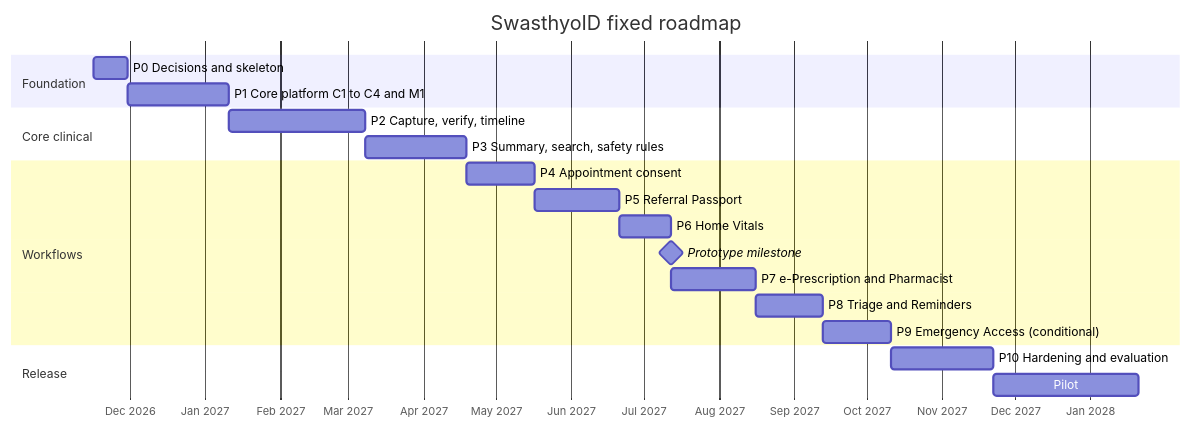
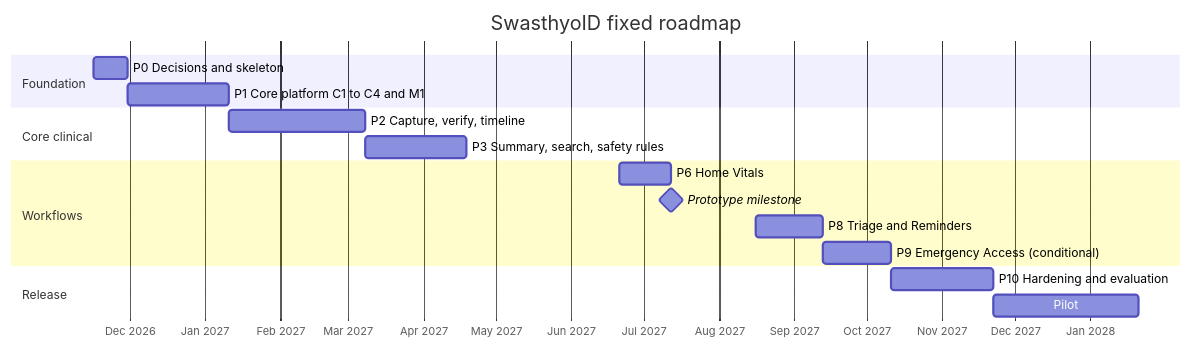
One commit to sarwar-islam/swasthyoid changed diagram 26 of 26 in docs/FRD.md. Above: the diagram before and after it, drawn with Mermaid. The commit also changed other lines of this file and 1 other file, not shown here.

````diff
--- a/docs/FRD.md
+++ b/docs/FRD.md
@@ -1554,27 +1256,24 @@
 ```mermaid
 gantt
     title SwasthyoID fixed roadmap
     dateFormat YYYY-MM-DD
     axisFormat %b %Y
 
     section Foundation
     P0 Decisions and skeleton            :p0, 2026-11-16, 14d
     P1 Core platform C1 to C4 and M1     :p1, after p0, 42d
 
     section Core clinical
     P2 Capture, verify, timeline         :p2, after p1, 56d
     P3 Summary, search, safety rules     :p3, after p2, 42d
 
     section Workflows
-    P4 Appointment consent               :p4, after p3, 28d
-    P5 Referral Passport                 :p5, after p4, 35d
-    P6 Home Vitals                       :p6, after p5, 21d
+    P6 Home Vitals                       :p6, 2027-06-21, 21d
     Prototype milestone                  :milestone, after p6, 0d
-    P7 e-Prescription and Pharmacist     :p7, after p6, 35d
-    P8 Triage and Reminders              :p8, after p7, 28d
+    P8 Triage and Reminders              :p8, 2027-08-16, 28d
     P9 Emergency Access (conditional)    :p9, after p8, 28d
 
     section Release
     P10 Hardening and evaluation         :p10, after p9, 42d
     Pilot                                :p11, after p10, 60d
 ```
````
